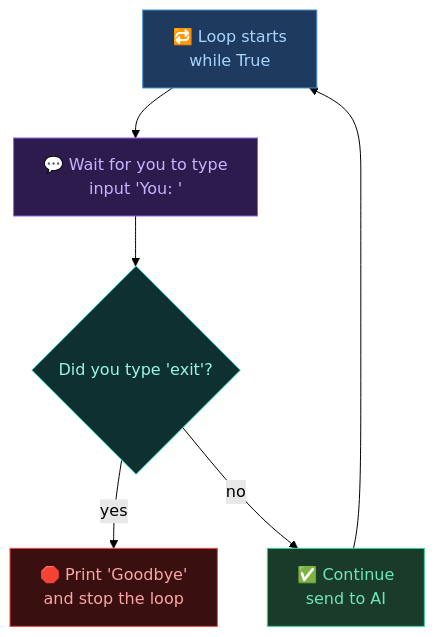
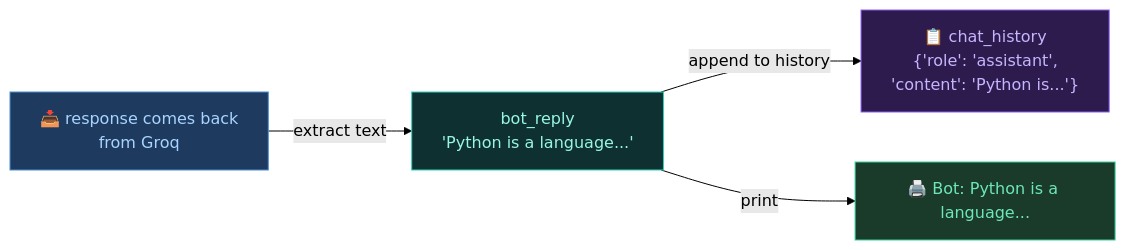
One commit to abdulsamadxai/groq-chatbot-basic changed the fifth of 9 diagrams in README.md. Above: the diagram before and after it, drawn with Mermaid (forest theme). The commit also changed other lines of this file, not shown here.

````diff
--- a/README.md
+++ b/README.md
@@ -161,12 +234,11 @@
 ```mermaid
-flowchart TD
-    A["🔁 Loop starts\nwhile True"]:::blue --> B["💬 Wait for you to type\ninput 'You: '"]:::purple --> C{"Did you type 'exit'?"}:::teal
-    C -->|yes| D["🛑 Print 'Goodbye'\nand stop the loop"]:::red
-    C -->|no| E["✅ Continue\nsend to AI"]:::green --> A
+flowchart LR
+    A["📥 response comes back\nfrom Groq"]:::blue -->|extract text| B["bot_reply\n'Python is a language...'"]:::teal
+    B -->|append to history| C["📋 chat_history\n{'role': 'assistant',\n'content': 'Python is...'}"]:::purple
+    B -->|print| D["🖨️ Bot: Python is a language..."]:::green
 
     classDef blue fill:#1e3a5f,stroke:#4a8fd4,color:#a8d4ff
+    classDef teal fill:#0f3030,stroke:#2dd4bf,color:#99f6e4
     classDef purple fill:#2d1b4e,stroke:#8b5cf6,color:#c4b5fd
-    classDef teal fill:#0f3030,stroke:#2dd4bf,color:#99f6e4
-    classDef red fill:#3a0f0f,stroke:#ef4444,color:#fca5a5
     classDef green fill:#1a3a2a,stroke:#34d399,color:#6ee7b7
 ```
````
